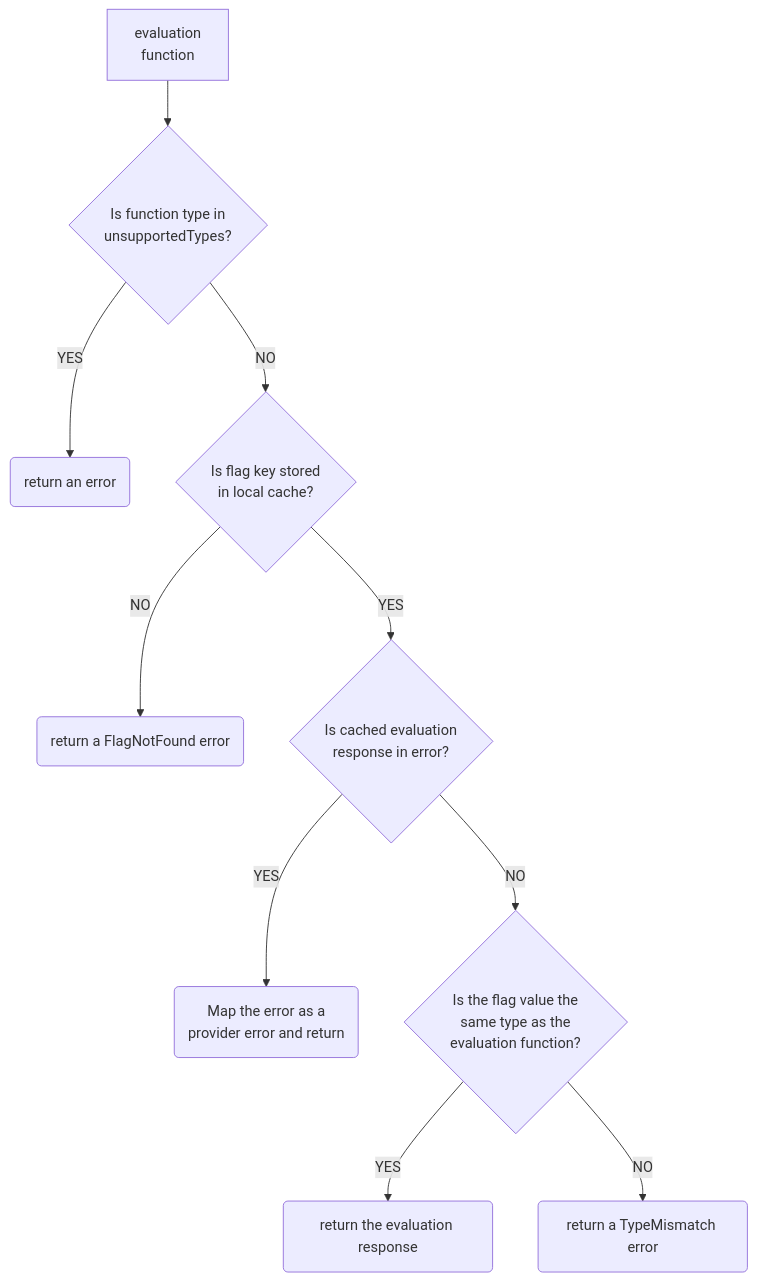
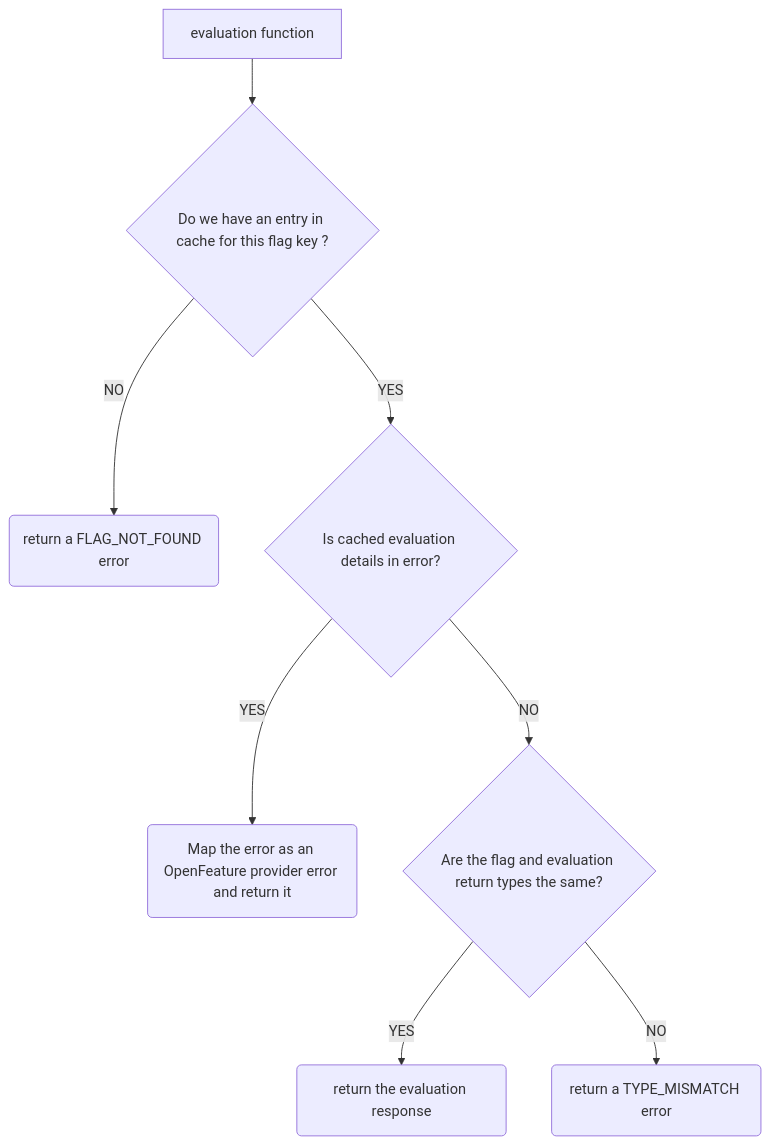
One commit to open-feature/protocol changed the diagram in guideline/static-context-provider.md. Above: the diagram before and after it, drawn with Mermaid. The commit also changed other lines of this file, not shown here.

````diff
--- a/guideline/static-context-provider.md
+++ b/guideline/static-context-provider.md
@@ -43,12 +57,10 @@
 ```mermaid
 flowchart TD
-    A[evaluation\nfunction] --> B{Is function type in\nunsupportedTypes?}
-    B --> |YES| C(return an error)
-    B --> |NO| D{Is flag key stored\nin local cache?}
-    D --> |NO| E(return a FlagNotFound error)
-    D --> |YES| F{Is cached evaluation\nresponse in error?} 
-    F --> |YES| G(Map the error as a\nprovider error and return)
-    F --> |NO| H{Is the flag value the\nsame type as the\nevaluation function?}
+    A[evaluation function] --> D{Do we have an entry in cache for this flag key ?}
+    D --> |NO| E(return a FLAG_NOT_FOUND error)
+    D --> |YES| F{Is cached evaluation details in error?} 
+    F --> |YES| G(Map the error as an OpenFeature provider error and return it)
+    F --> |NO| H{Are the flag and evaluation return types the same?}
     H --> |YES| I(return the evaluation response)
-    H --> |NO| J(return a TypeMismatch error)
+    H --> |NO| J(return a TYPE_MISMATCH error)
 ```
````
